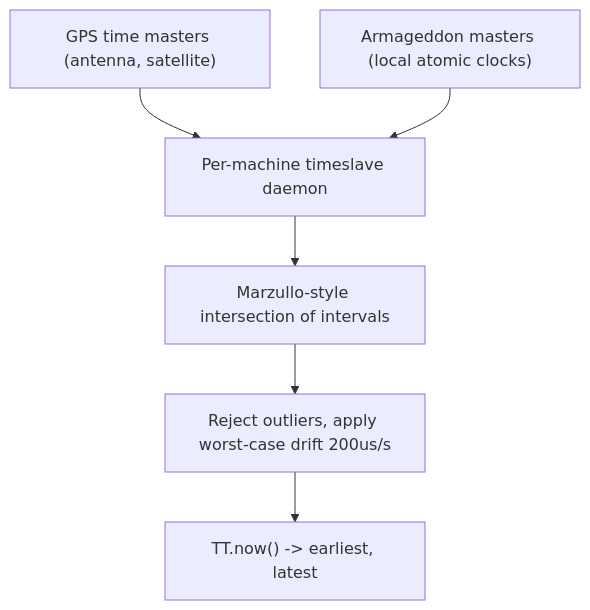
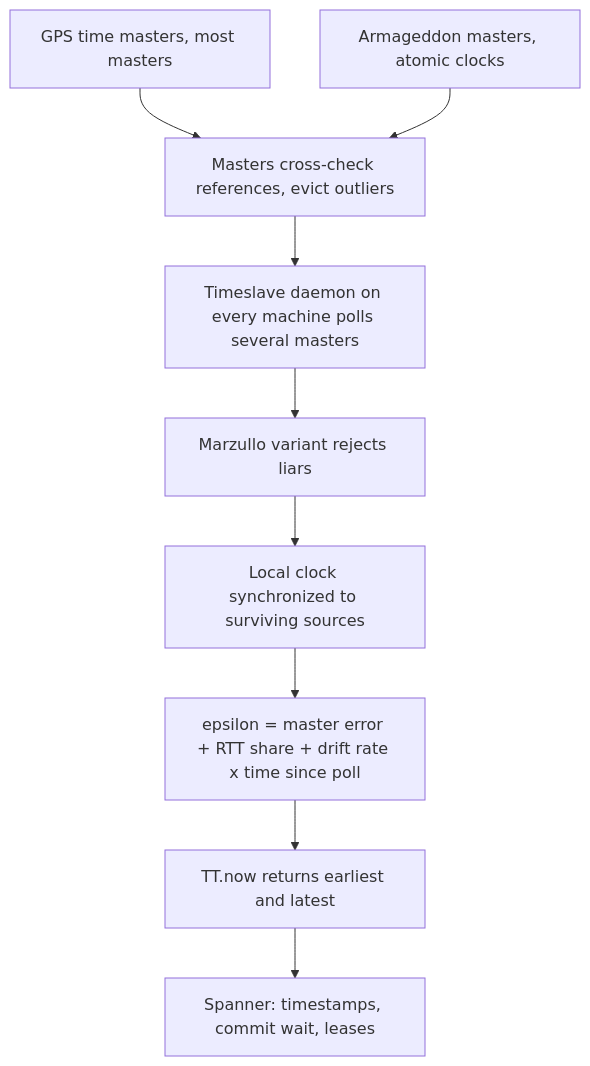
The first of 6 diagrams in src/content/docs/en/foundations/time-and-ordering/truetime-spanner.mdx (gorkemsari/distributed-systems), drawn with Mermaid before and after one commit. The commit also changed other lines of this file and 3 other files, not shown here.

First line of the commit message:
docs(foundations/time-and-ordering/truetime-spanner): generate EN/TR

````diff
--- a/src/content/docs/en/foundations/time-and-ordering/truetime-spanner.mdx
+++ b/src/content/docs/en/foundations/time-and-ordering/truetime-spanner.mdx
@@ -22,8 +17,11 @@
 ```mermaid
 flowchart TD
-    GPS["GPS time masters (antenna, satellite)"] --> D["Per-machine timeslave daemon"]
-    ATOM["Armageddon masters (local atomic clocks)"] --> D
-    D --> M["Marzullo-style intersection of intervals"]
-    M --> E["Reject outliers, apply worst-case drift 200us/s"]
-    E --> API["TT.now() -> earliest, latest"]
+    GPS["GPS time masters, most masters"] --> CMP["Masters cross-check references, evict outliers"]
+    ATOM["Armageddon masters, atomic clocks"] --> CMP
+    CMP --> POLL["Timeslave daemon on every machine polls several masters"]
+    POLL --> MARZ["Marzullo variant rejects liars"]
+    MARZ --> SYNC["Local clock synchronized to surviving sources"]
+    SYNC --> EPS["epsilon = master error + RTT share + drift rate x time since poll"]
+    EPS --> API["TT.now returns earliest and latest"]
+    API --> SPAN["Spanner: timestamps, commit wait, leases"]
 ```
````
